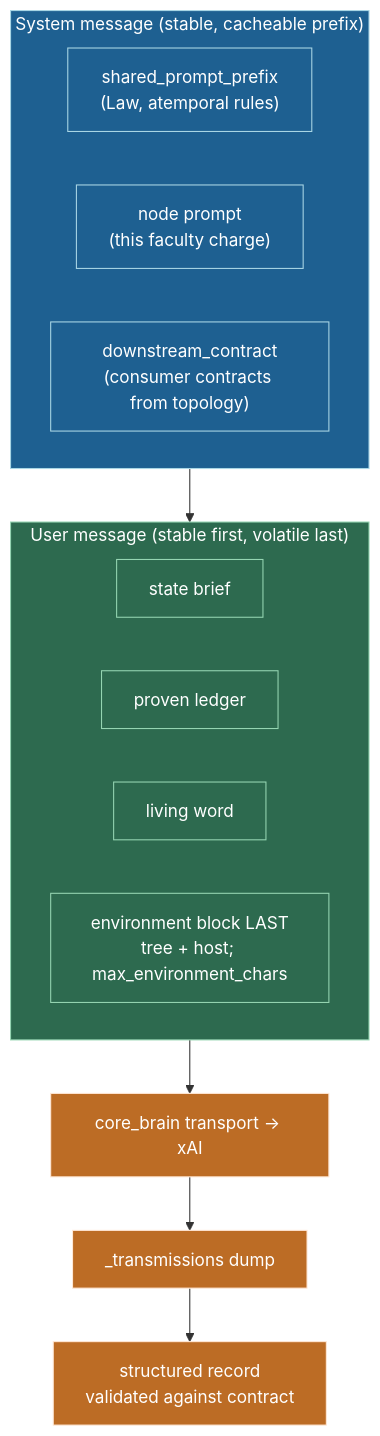
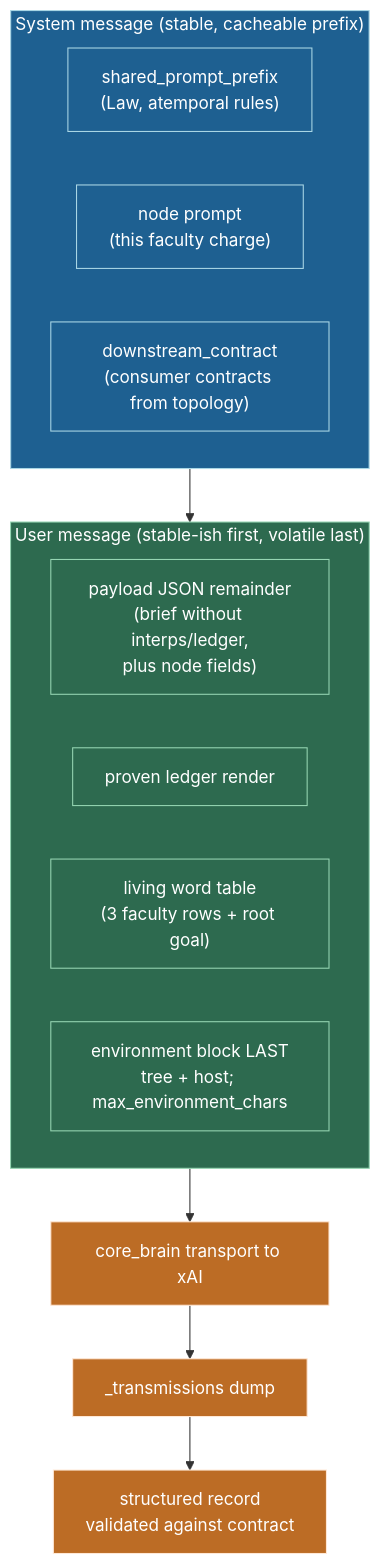
One commit to wgabrys88/endgame-ai changed the sixth of 11 diagrams in README.md. Above: the diagram before and after it, drawn with Mermaid. The commit also changed other lines of this file and 3 other files, not shown here.

````diff
--- a/README.md
+++ b/README.md
@@ -523,26 +589,26 @@
 ```mermaid
 flowchart TD
     subgraph SYS["System message (stable, cacheable prefix)"]
         P1["shared_prompt_prefix<br/>(Law, atemporal rules)"]
         P2["node prompt<br/>(this faculty charge)"]
         P3["downstream_contract<br/>(consumer contracts from topology)"]
     end
 
-    subgraph USR["User message (stable first, volatile last)"]
-        U1["state brief"]
-        U2["proven ledger"]
-        U3["living word"]
+    subgraph USR["User message (stable-ish first, volatile last)"]
+        U1["payload JSON remainder<br/>(brief without interps/ledger,<br/>plus node fields)"]
+        U2["proven ledger render"]
+        U3["living word table<br/>(3 faculty rows + root goal)"]
         U4["environment block LAST<br/>tree + host; max_environment_chars"]
     end
 
-    SYS --> USR --> CALL["core_brain transport → xAI"]
+    SYS --> USR --> CALL["core_brain transport to xAI"]
     CALL --> DUMP["_transmissions dump"]
     DUMP --> REC["structured record<br/>validated against contract"]
 
     classDef sys fill:#1e6091,stroke:#a9d6e5,color:#ffffff;
     classDef usr fill:#2d6a4f,stroke:#95d5b2,color:#ffffff;
     classDef out fill:#bc6c25,stroke:#ffe8d6,color:#ffffff;
     class SYS,P1,P2,P3 sys;
     class USR,U1,U2,U3,U4 usr;
     class CALL,DUMP,REC out;
 ```
````
